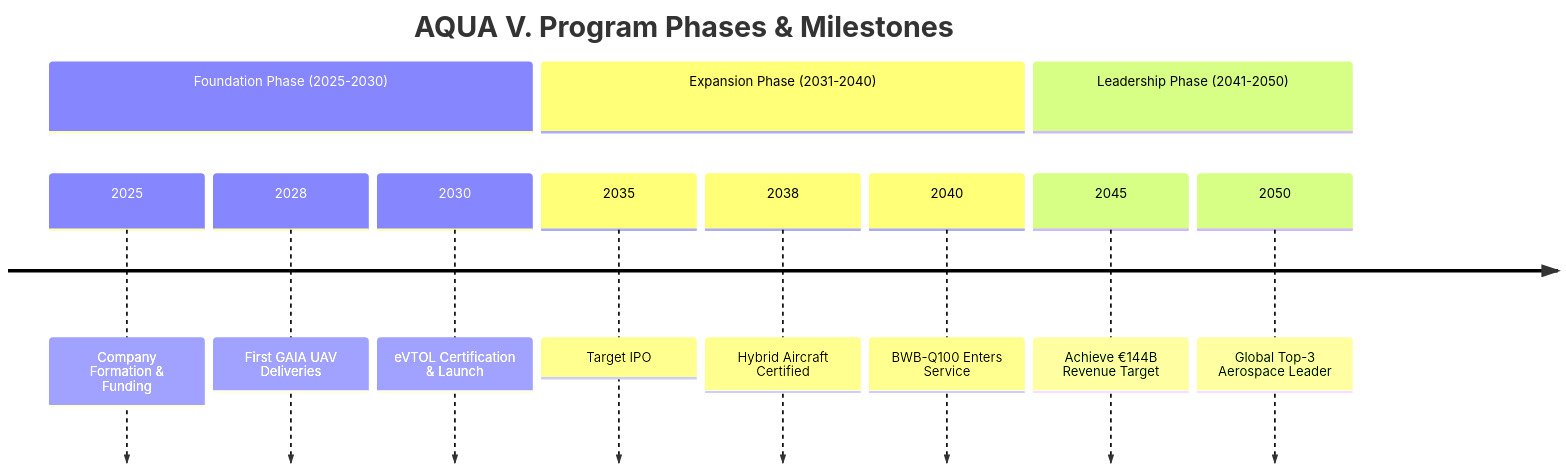
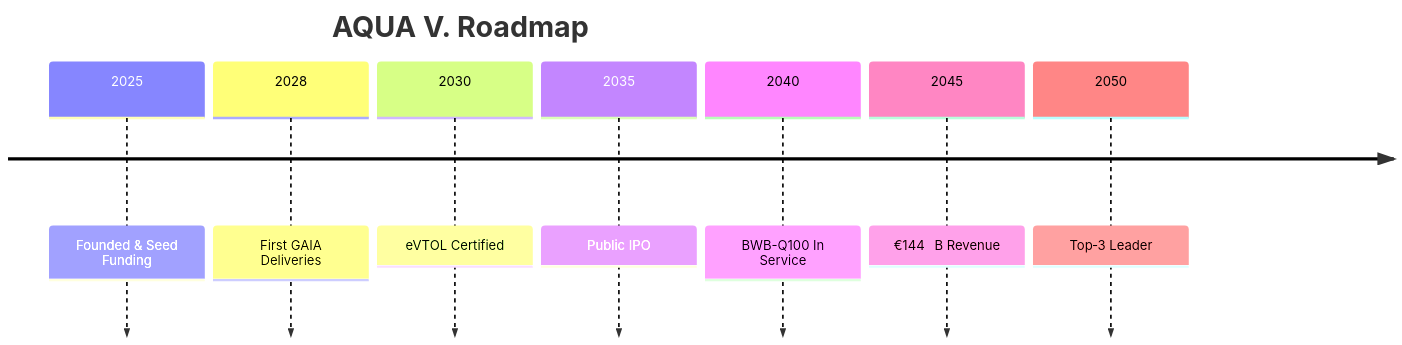
One commit to Robbbo-T/A-Q-U-A_V changed the third of 4 diagrams in README.md. Above: the diagram before and after it, drawn with Mermaid. The commit also changed other lines of this file, not shown here.

````diff
--- a/README.md
+++ b/README.md
@@ -83,15 +192,11 @@
 ```mermaid
 timeline
-    title AQUA V. Program Phases & Milestones
-    section Foundation Phase (2025-2030)
-        2025 : Company Formation & Funding
-        2028 : First GAIA UAV Deliveries
-        2030 : eVTOL Certification & Launch
-    section Expansion Phase (2031-2040)
-        2035 : Target IPO
-        2038 : Hybrid Aircraft Certified
-        2040 : BWB-Q100 Enters Service
-    section Leadership Phase (2041-2050)
-        2045 : Achieve €144B Revenue Target
-        2050 : Global Top-3 Aerospace Leader
+title AQUA V. Roadmap
+2025 : Founded & Seed Funding
+2028 : First GAIA Deliveries
+2030 : eVTOL Certified
+2035 : Public IPO
+2040 : BWB-Q100 In Service
+2045 : €144 B Revenue
+2050 : Top‑3 Leader
 ```
````
